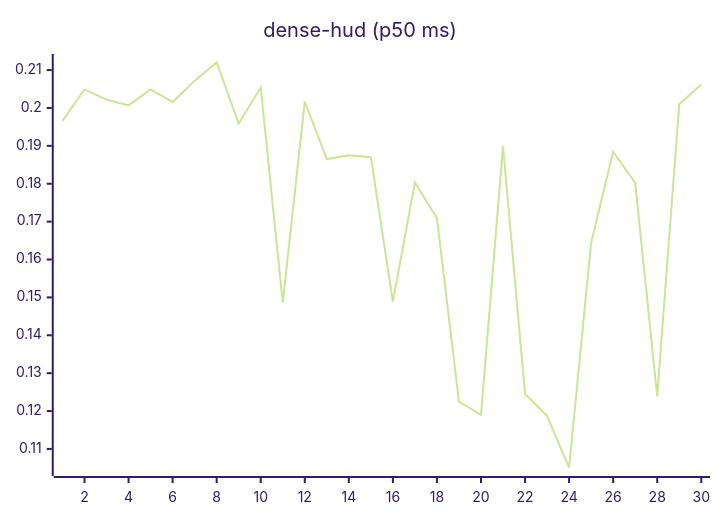
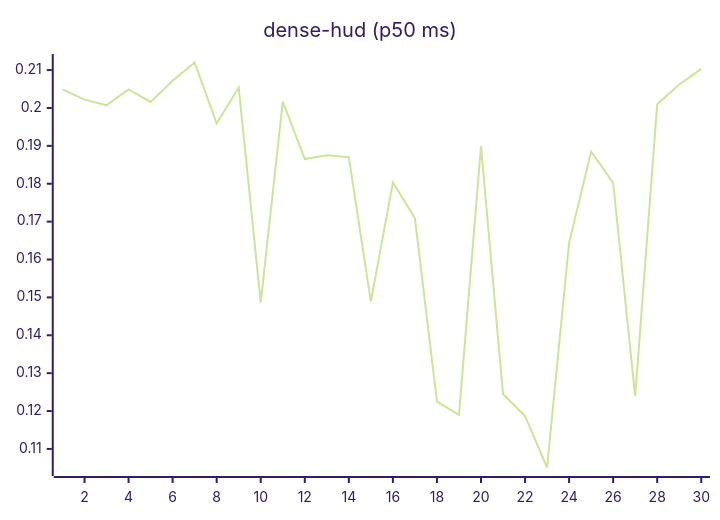
One commit to josha/Facet changed the eighth of 27 diagrams in README.md. Above: the diagram before and after it, drawn with Mermaid (forest theme). The commit also changed other lines of this file and 2 other files, not shown here.

````diff
--- a/README.md
+++ b/README.md
@@ -112,6 +112,6 @@
 ```mermaid
 xychart-beta
     title "dense-hud (p50 ms)"
     x-axis 1 --> 30
-    line [0.1966, 0.2049, 0.2022, 0.2007, 0.2049, 0.2016, 0.2072, 0.2120, 0.1959, 0.2054, 0.1486, 0.2017, 0.1865, 0.1875, 0.1870, 0.1489, 0.1803, 0.1709, 0.1225, 0.1190, 0.1899, 0.1245, 0.1187, 0.1051, 0.1644, 0.1885, 0.1802, 0.1239, 0.2010, 0.2062]
+    line [0.2049, 0.2022, 0.2007, 0.2049, 0.2016, 0.2072, 0.2120, 0.1959, 0.2054, 0.1486, 0.2017, 0.1865, 0.1875, 0.1870, 0.1489, 0.1803, 0.1709, 0.1225, 0.1190, 0.1899, 0.1245, 0.1187, 0.1051, 0.1644, 0.1885, 0.1802, 0.1239, 0.2010, 0.2062, 0.2103]
 ```
````
